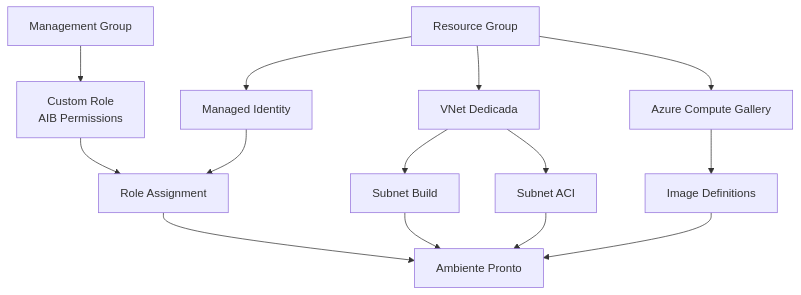
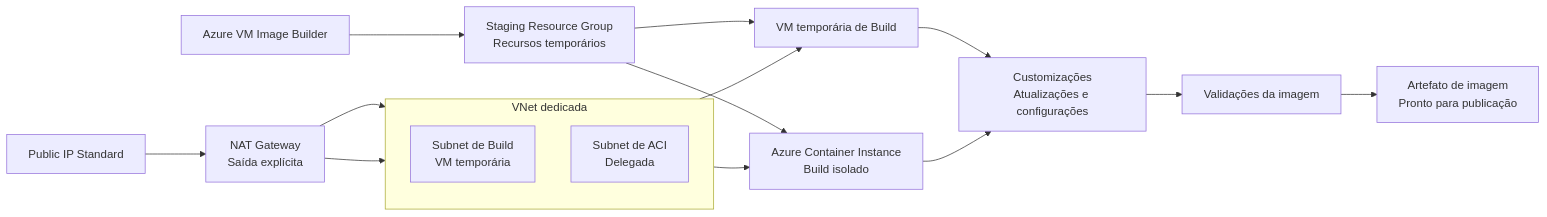
One commit to lfrleite/lfrleite.github.io changed the third of 4 diagrams in _posts/2026/2026-06-07-azure-image-builder-windows-linux.md. Above: the diagram before and after it, drawn with Mermaid. The commit also changed other lines of this file and 8 other files, not shown here.

Commit message:
Artigo - Azure Image Builder

````diff
--- a/_posts/2026/2026-06-07-azure-image-builder-windows-linux.md
+++ b/_posts/2026/2026-06-07-azure-image-builder-windows-linux.md
@@ -103,20 +142,28 @@
 ```mermaid
-flowchart TB
-    MG["Management Group"] --> CR["Custom Role<br/>AIB Permissions"]
+flowchart LR
+    PIP["Public IP Standard"] --> NAT["NAT Gateway<br/>Saída explícita"]
 
-    RG["Resource Group"] --> VNET["VNet Dedicada"]
-    VNET --> SB["Subnet Build"]
-    VNET --> SA["Subnet ACI"]
+    subgraph VNET["VNet dedicada"]
+        direction TB
 
-    RG --> MI["Managed Identity"]
-    CR --> RA["Role Assignment"]
-    MI --> RA
+        SB["Subnet de Build<br/>VM temporária"]
+        SA["Subnet de ACI<br/>Delegada"]
+    end
 
-    RG --> ACG["Azure Compute Gallery"]
-    ACG --> IDF["Image Definitions"]
+    NAT --> SB
+    NAT --> SA
 
-    RA --> READY["Ambiente Pronto"]
-    SB --> READY
-    SA --> READY
-    IDF --> READY
+    AIB["Azure VM Image Builder"] --> SRG["Staging Resource Group<br/>Recursos temporários"]
+
+    SRG --> VM["VM temporária de Build"]
+    SRG --> ACI["Azure Container Instance<br/>Build isolado"]
+
+    SB --> VM
+    SA --> ACI
+
+    VM --> CUSTOM["Customizações<br/>Atualizações e configurações"]
+    ACI --> CUSTOM
+
+    CUSTOM --> VALIDATE["Validações da imagem"]
+    VALIDATE --> OUTPUT["Artefato de imagem<br/>Pronto para publicação"]
 ```
````
